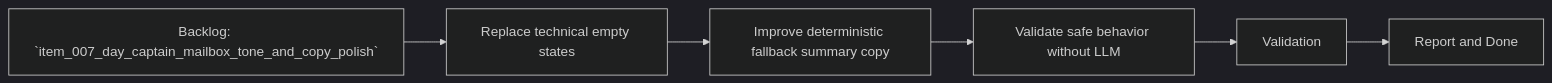
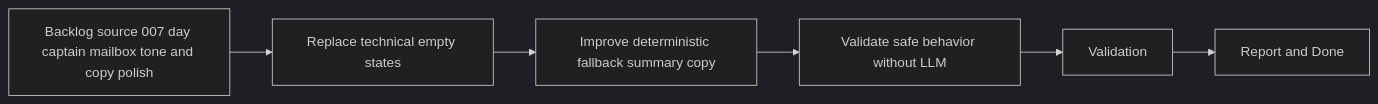
Before and after one commit to AlexAgo83/day-captain: the diagram in logics/tasks/task_014_day_captain_digest_empty_states_and_fallback_copy_polish.md, drawn with Mermaid (dark theme). The commit also changed 40 other files, not shown here.

Commit message:
Normalize Logics Mermaid diagrams

````diff
--- a/logics/tasks/task_014_day_captain_digest_empty_states_and_fallback_copy_polish.md
+++ b/logics/tasks/task_014_day_captain_digest_empty_states_and_fallback_copy_polish.md
@@ -18,8 +18,8 @@
 ```mermaid
 flowchart LR
-    Backlog[Backlog: `item_007_day_captain_mailbox_tone_and_copy_polish`] --> Step1[Replace technical empty states]
+    Backlog[Backlog source 007 day captain mailbox tone and copy polish] --> Step1[Replace technical empty states]
     Step1 --> Step2[Improve deterministic fallback summary copy]
     Step2 --> Step3[Validate safe behavior without LLM]
     Step3 --> Validation[Validation]
     Validation --> Report[Report and Done]
 ```
````
